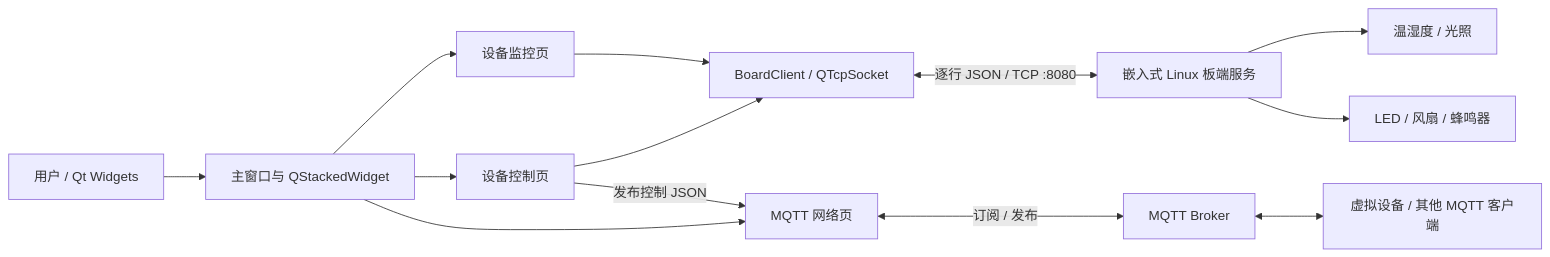
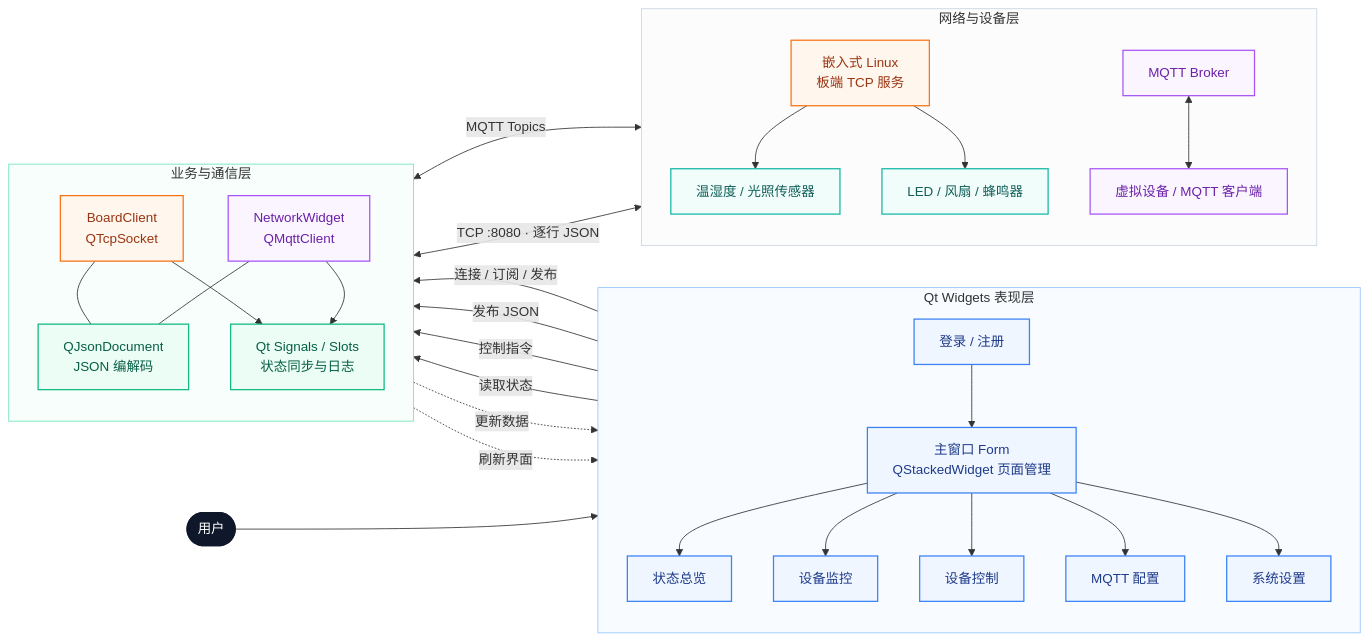
Before and after one commit to Indulge125/qt-smart-home-monitor: the diagram in README.md, drawn with Mermaid.

Commit message:
Improve system architecture diagram

````diff
--- a/README.md
+++ b/README.md
@@ -33,15 +33,76 @@
 ```mermaid
 flowchart LR
-    User["用户 / Qt Widgets"] --> Form["主窗口与 QStackedWidget"]
-    Form --> Monitor["设备监控页"]
-    Form --> Control["设备控制页"]
-    Form --> Network["MQTT 网络页"]
-    Monitor --> BoardClient["BoardClient / QTcpSocket"]
-    Control --> BoardClient
-    BoardClient <-->|"逐行 JSON / TCP :8080"| BoardServer["嵌入式 Linux 板端服务"]
-    BoardServer --> Sensors["温湿度 / 光照"]
-    BoardServer --> Actuators["LED / 风扇 / 蜂鸣器"]
-    Control -->|"发布控制 JSON"| Network
-    Network <-->|"订阅 / 发布"| Broker["MQTT Broker"]
-    Broker <--> VirtualDevice["虚拟设备 / 其他 MQTT 客户端"]
+    User(["用户"])
+
+    subgraph UI["Qt Widgets 表现层"]
+        direction TB
+        Login["登录 / 注册"]
+        Form["主窗口 Form<br/>QStackedWidget 页面管理"]
+        Home["状态总览"]
+        Monitor["设备监控"]
+        Control["设备控制"]
+        Network["MQTT 配置"]
+        Settings["系统设置"]
+
+        Login --> Form
+        Form --> Home
+        Form --> Monitor
+        Form --> Control
+        Form --> Network
+        Form --> Settings
+    end
+
+    subgraph Core["业务与通信层"]
+        direction TB
+        BoardClient["BoardClient<br/>QTcpSocket"]
+        MqttClient["NetworkWidget<br/>QMqttClient"]
+        Json["QJsonDocument<br/>JSON 编解码"]
+        Status["Qt Signals / Slots<br/>状态同步与日志"]
+
+        BoardClient --- Json
+        MqttClient --- Json
+        BoardClient --> Status
+        MqttClient --> Status
+    end
+
+    subgraph External["网络与设备层"]
+        direction TB
+        BoardServer["嵌入式 Linux<br/>板端 TCP 服务"]
+        Broker["MQTT Broker"]
+        VirtualDevice["虚拟设备 / MQTT 客户端"]
+        Sensors["温湿度 / 光照传感器"]
+        Actuators["LED / 风扇 / 蜂鸣器"]
+
+        BoardServer --> Sensors
+        BoardServer --> Actuators
+        Broker <--> VirtualDevice
+    end
+
+    User --> Login
+    Monitor -->|"读取状态"| BoardClient
+    Control -->|"控制指令"| BoardClient
+    Control -->|"发布 JSON"| MqttClient
+    Network -->|"连接 / 订阅 / 发布"| MqttClient
+    BoardClient <-->|"TCP :8080 · 逐行 JSON"| BoardServer
+    MqttClient <-->|"MQTT Topics"| Broker
+    Status -.->|"刷新界面"| Home
+    Status -.->|"更新数据"| Monitor
+
+    classDef actor fill:#0f172a,color:#ffffff,stroke:#0f172a,stroke-width:2px;
+    classDef ui fill:#eff6ff,color:#1e3a8a,stroke:#3b82f6,stroke-width:1.5px;
+    classDef core fill:#ecfdf5,color:#065f46,stroke:#10b981,stroke-width:1.5px;
+    classDef tcp fill:#fff7ed,color:#9a3412,stroke:#f97316,stroke-width:1.5px;
+    classDef mqtt fill:#faf5ff,color:#6b21a8,stroke:#a855f7,stroke-width:1.5px;
+    classDef device fill:#f0fdfa,color:#115e59,stroke:#14b8a6,stroke-width:1.5px;
+
+    class User actor;
+    class Login,Form,Home,Monitor,Control,Network,Settings ui;
+    class Json,Status core;
+    class BoardClient,BoardServer tcp;
+    class MqttClient,Broker,VirtualDevice mqtt;
+    class Sensors,Actuators device;
+
+    style UI fill:#f8fbff,stroke:#93c5fd,stroke-width:1px
+    style Core fill:#f7fefb,stroke:#6ee7b7,stroke-width:1px
+    style External fill:#fcfcfd,stroke:#cbd5e1,stroke-width:1px
 ```
````
